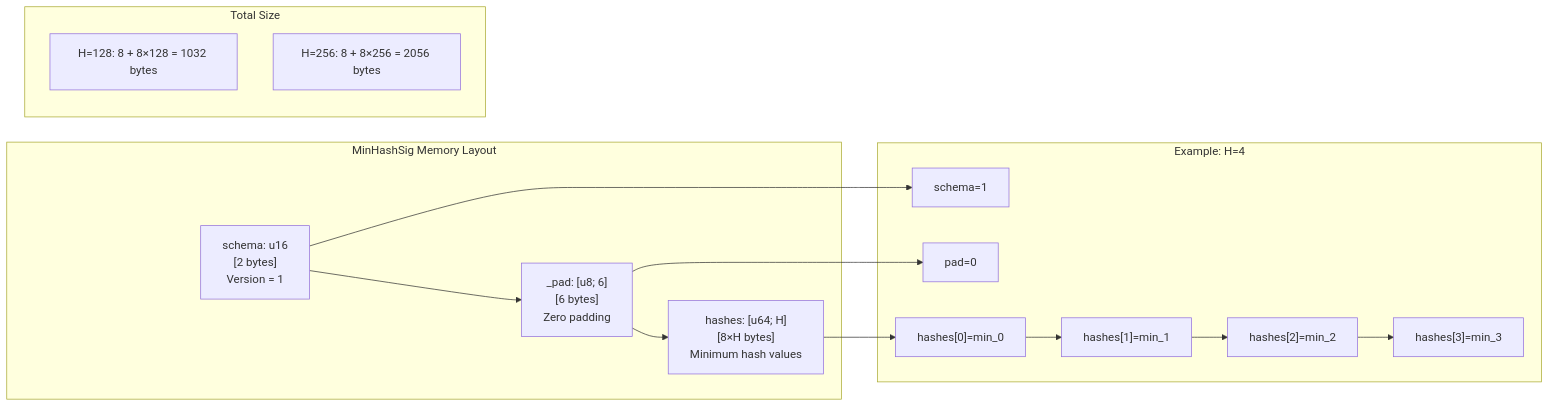
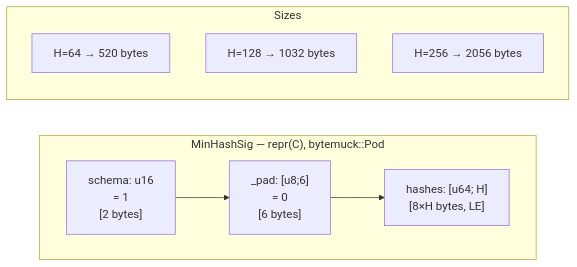
The fourth of 9 diagrams in txt.md (themankindproject/txtfp), drawn with Mermaid before and after one commit. The commit also changed other lines of this file and 1 other file, not shown here.

````diff
--- a/txt.md
+++ b/txt.md
@@ -335,21 +333,16 @@
 ```mermaid
 flowchart LR
-    subgraph "MinHashSig<H> Memory Layout"
-        A["schema: u16<br/>[2 bytes]<br/>Version = 1"] --> B["_pad: [u8; 6]<br/>[6 bytes]<br/>Zero padding"]
-        B --> C["hashes: [u64; H]<br/>[8×H bytes]<br/>Minimum hash values"]
+    subgraph "MinHashSig<H> — repr(C), bytemuck::Pod"
+        direction LR
+        S["schema: u16<br/>= 1<br/>[2 bytes]"]
+        P["_pad: [u8;6]<br/>= 0<br/>[6 bytes]"]
+        H["hashes: [u64; H]<br/>[8×H bytes, LE]"]
+        S --> P --> H
     end
 
-    subgraph "Example: H=4"
-        A --> D["schema=1"]
-        B --> E["pad=0"]
-        C --> F["hashes[0]=min_0"]
-        F --> G["hashes[1]=min_1"]
-        G --> H["hashes[2]=min_2"]
-        H --> I["hashes[3]=min_3"]
-    end
-
-    subgraph "Total Size"
-        J["H=128: 8 + 8×128 = 1032 bytes"]
-        K["H=256: 8 + 8×256 = 2056 bytes"]
+    subgraph "Sizes"
+        S1["H=64 → 520 bytes"]
+        S2["H=128 → 1032 bytes"]
+        S3["H=256 → 2056 bytes"]
     end
 ```
````
